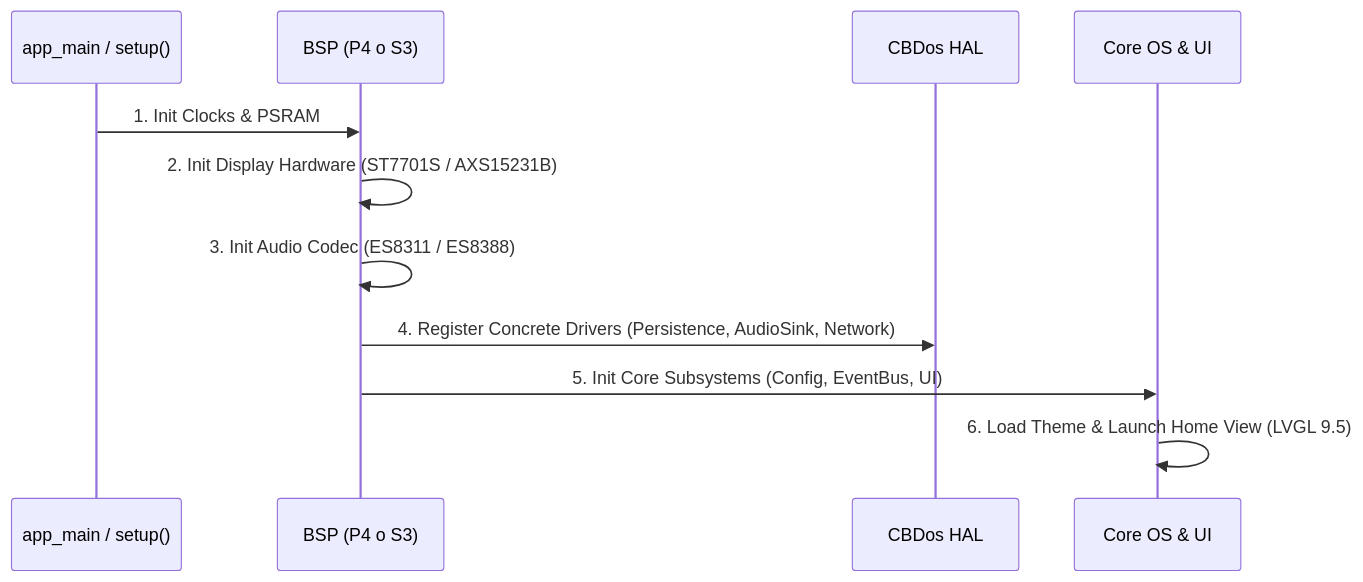
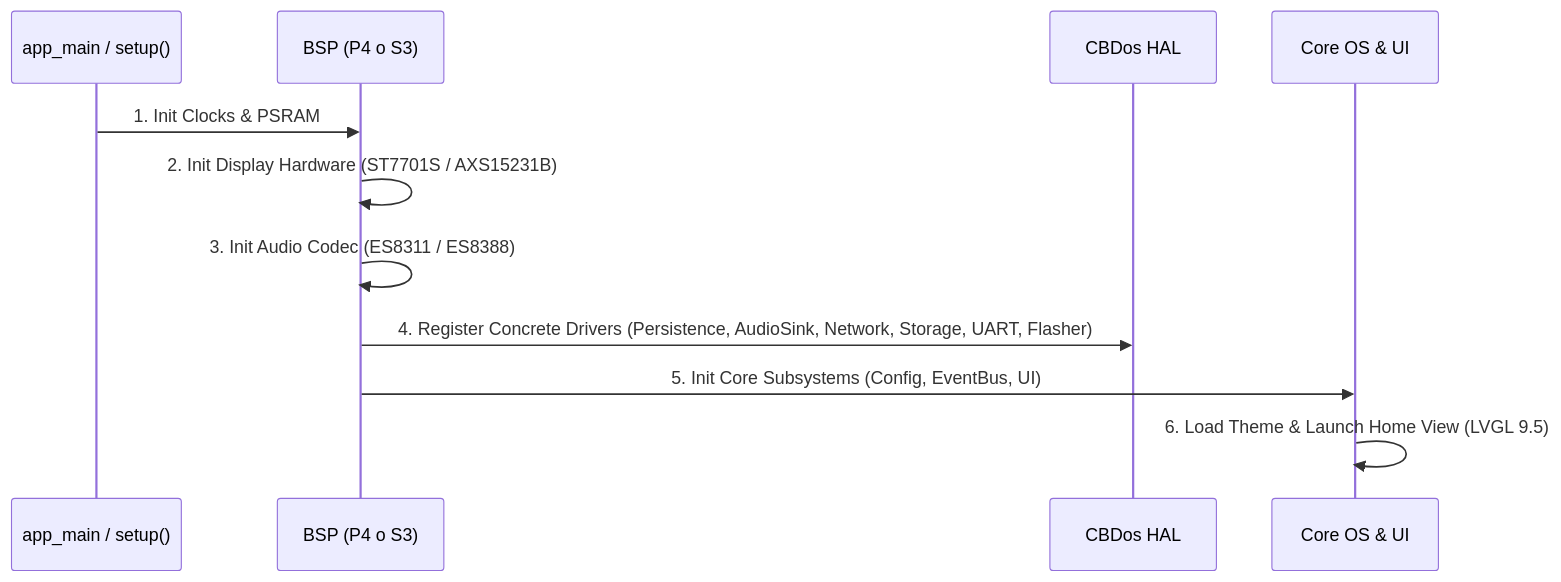
Before and after one commit to kaber420/CBDos: the diagram in docs/architecture/hal_and_core_architecture.md, drawn with Mermaid. The commit also changed other lines of this file and 10 other files, not shown here.

````diff
--- a/docs/architecture/hal_and_core_architecture.md
+++ b/docs/architecture/hal_and_core_architecture.md
@@ -291,14 +369,14 @@
 ```mermaid
 sequenceDiagram
     participant Boot as app_main / setup()
     participant BSP as BSP (P4 o S3)
     participant HAL as CBDos HAL
     participant Core as Core OS & UI
 
     Boot->>BSP: 1. Init Clocks & PSRAM
     BSP->>BSP: 2. Init Display Hardware (ST7701S / AXS15231B)
     BSP->>BSP: 3. Init Audio Codec (ES8311 / ES8388)
-    BSP->>HAL: 4. Register Concrete Drivers (Persistence, AudioSink, Network)
+    BSP->>HAL: 4. Register Concrete Drivers (Persistence, AudioSink, Network, Storage, UART, Flasher)
     BSP->>Core: 5. Init Core Subsystems (Config, EventBus, UI)
     Core->>Core: 6. Load Theme & Launch Home View (LVGL 9.5)
 ```
````
